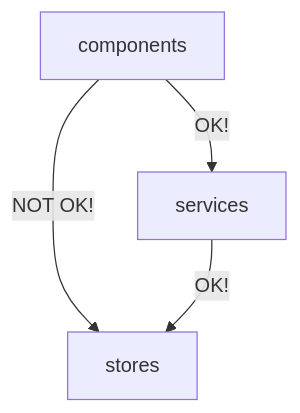
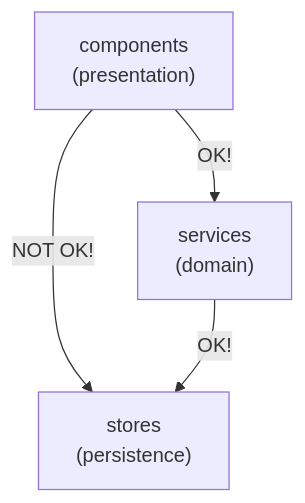
Before and after one commit to mattriley/node-module-composer: the first of 3 diagrams in README-TEMPLATE.md, drawn with Mermaid. The commit also changed other lines of this file and 1 other file, not shown here.

Commit message:
Unspecified changes

````diff
--- a/README-TEMPLATE.md
+++ b/README-TEMPLATE.md
@@ -205,6 +205,7 @@
 ```mermaid
 graph TD;
-    components-->|OK!|services;
+    components["components<br/>(presentation)"]-->|OK!|services;
     components-->|NOT OK!|stores;
-    services-->|OK!|stores;
+    services["services<br/>(domain)"]-->|OK!|stores;
+    stores["stores<br/>(persistence)"]
 ```
````
